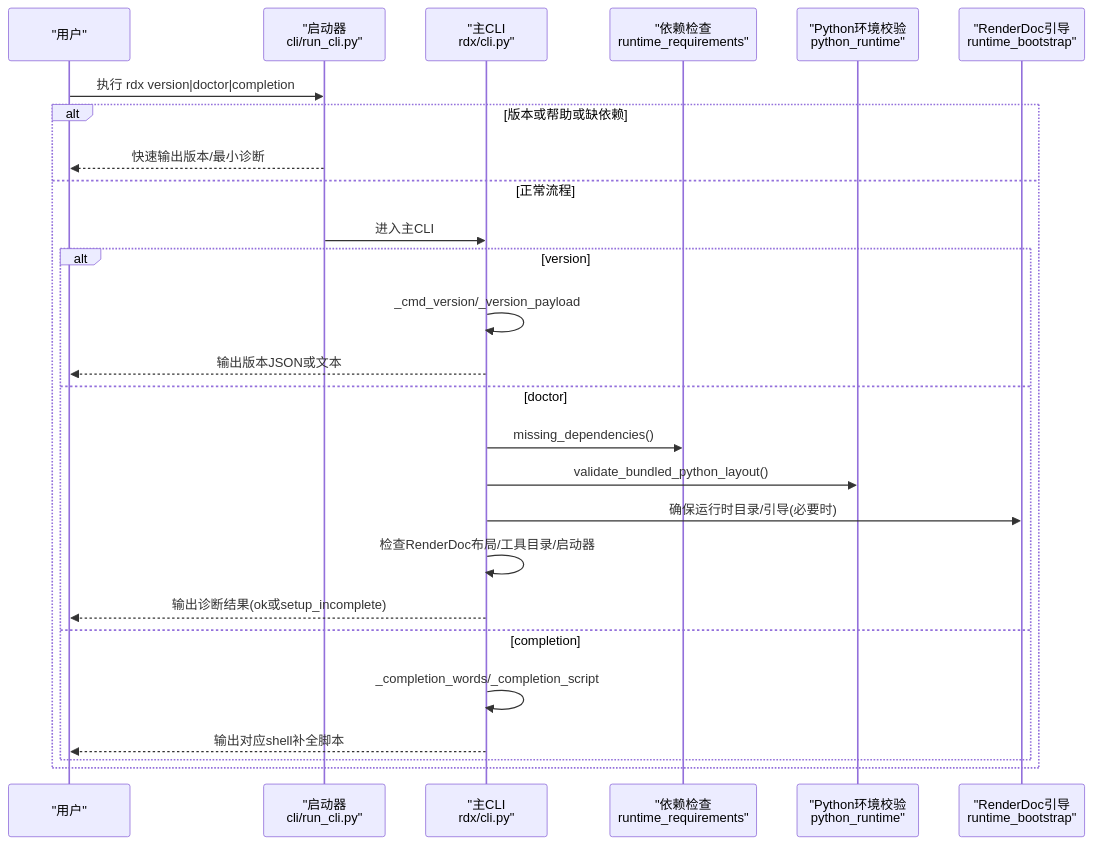
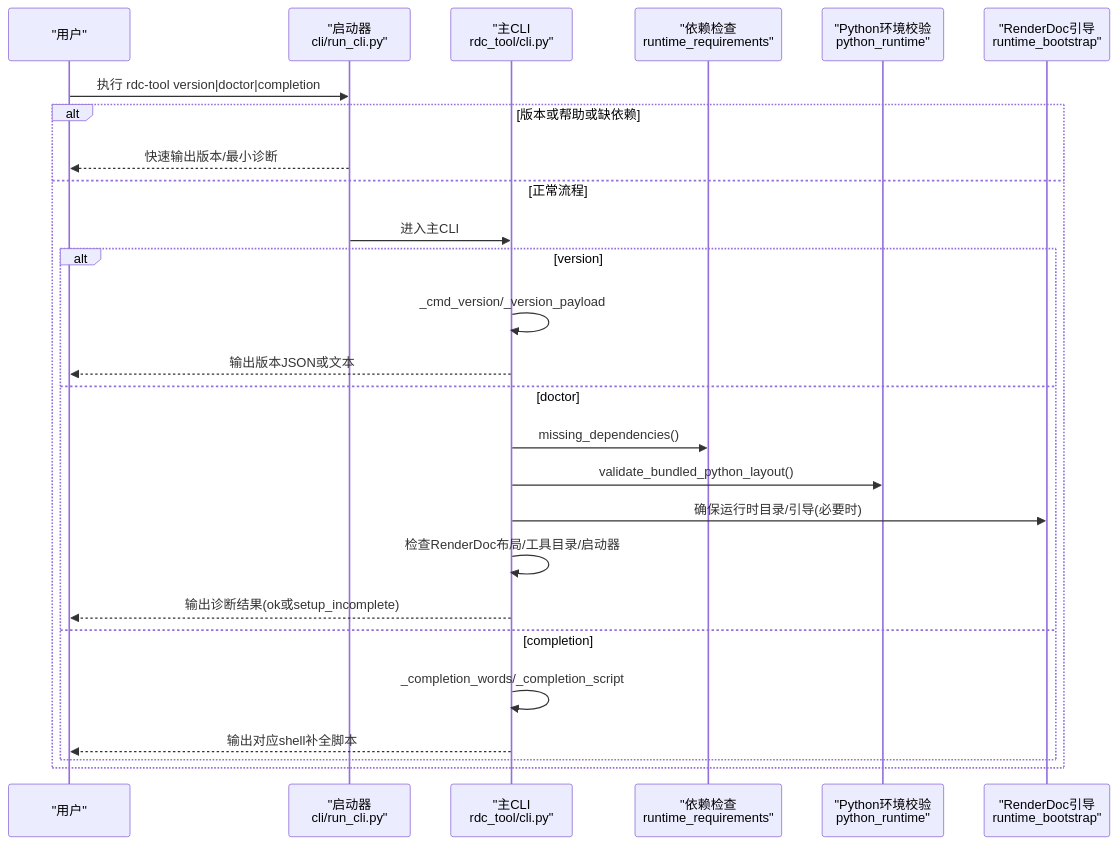
One commit to haolange/RDC-Tool changed the second of 6 diagrams in .qoder/repowiki/zh/content/CLI参考手册/系统信息命令.md. Above: the diagram before and after it, drawn with Mermaid. The commit also changed other lines of this file and 388 other files, not shown here.

First line of the commit message:
Release RDC-Tool identity and public maintenance surface

````diff
--- a/.qoder/repowiki/zh/content/CLI参考手册/系统信息命令.md
+++ b/.qoder/repowiki/zh/content/CLI参考手册/系统信息命令.md
@@ -101,28 +101,28 @@
 ```mermaid
 sequenceDiagram
 participant U as "用户"
 participant L as "启动器<br/>cli/run_cli.py"
-participant C as "主CLI<br/>rdx/cli.py"
+participant C as "主CLI<br/>rdc_tool/cli.py"
 participant RQ as "依赖检查<br/>runtime_requirements"
 participant PR as "Python环境校验<br/>python_runtime"
 participant RB as "RenderDoc引导<br/>runtime_bootstrap"
-U->>L : 执行 rdx version|doctor|completion
+U->>L : 执行 rdc-tool version|doctor|completion
 alt 版本或帮助或缺依赖
 L-->>U : 快速输出版本/最小诊断
 else 正常流程
 L->>C : 进入主CLI
 alt version
 C->>C : _cmd_version/_version_payload
 C-->>U : 输出版本JSON或文本
 else doctor
 C->>RQ : missing_dependencies()
 C->>PR : validate_bundled_python_layout()
 C->>RB : 确保运行时目录/引导(必要时)
 C->>C : 检查RenderDoc布局/工具目录/启动器
 C-->>U : 输出诊断结果(ok或setup_incomplete)
 else completion
 C->>C : _completion_words/_completion_script
 C-->>U : 输出对应shell补全脚本
 end
 end
 ```
````
